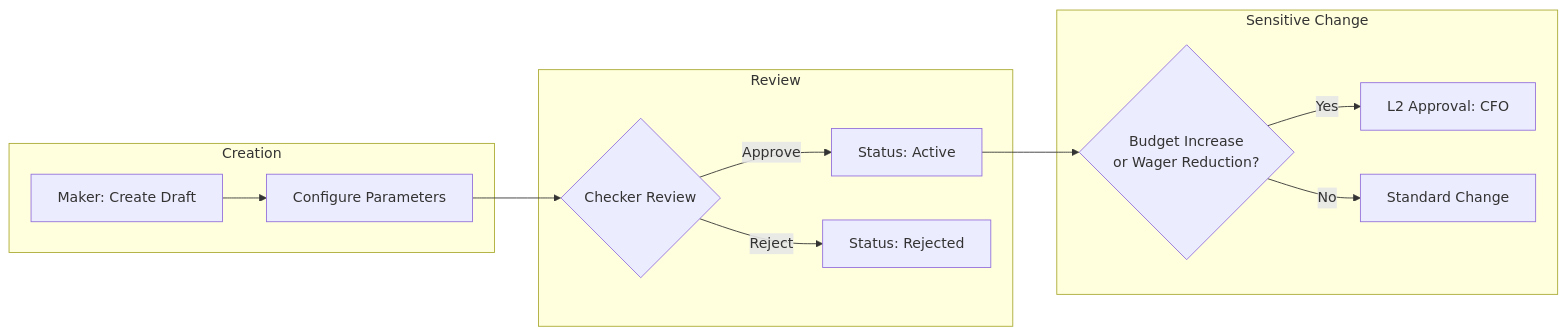
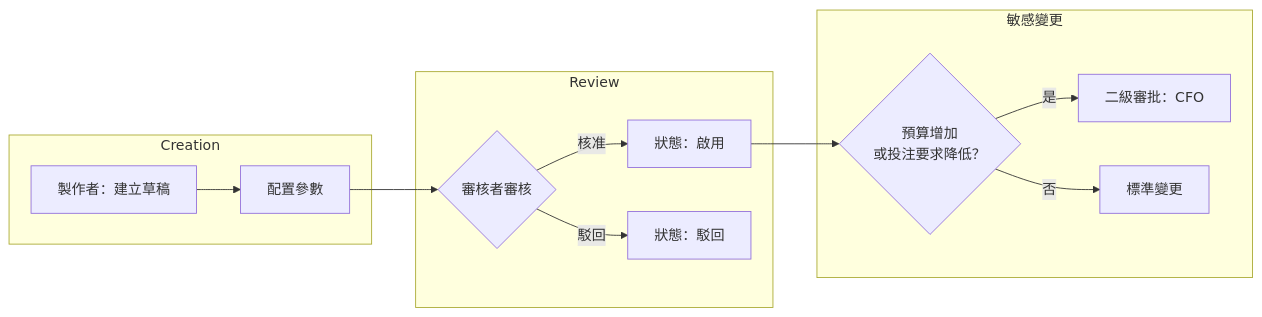
The third of 3 diagrams in docs/iGaming/architecture/04_Activity_Engine/Activity_Risk_System.md (ron03wlb/smart-admin), drawn with Mermaid before and after one commit. The commit also changed other lines of this file and 4 other files, not shown here.

````diff
--- a/docs/iGaming/architecture/04_Activity_Engine/Activity_Risk_System.md
+++ b/docs/iGaming/architecture/04_Activity_Engine/Activity_Risk_System.md
@@ -527,16 +527,16 @@
 ```mermaid
 flowchart LR
     subgraph Creation
-        A[Maker: Create Draft] --> B[Configure Parameters]
+        A[製作者：建立草稿] --> B[配置參數]
     end
     subgraph Review
-        B --> C{Checker Review}
-        C -->|Approve| D[Status: Active]
-        C -->|Reject| E[Status: Rejected]
+        B --> C{審核者審核}
+        C -->|核准| D[狀態：啟用]
+        C -->|駁回| E[狀態：駁回]
     end
-    subgraph SensitiveChange["Sensitive Change"]
-        D --> F{Budget Increase<br/>or Wager Reduction?}
-        F -->|Yes| G[L2 Approval: CFO]
-        F -->|No| H[Standard Change]
+    subgraph SensitiveChange["敏感變更"]
+        D --> F{預算增加<br/>或投注要求降低？}
+        F -->|是| G[二級審批：CFO]
+        F -->|否| H[標準變更]
     end
 ```
````
